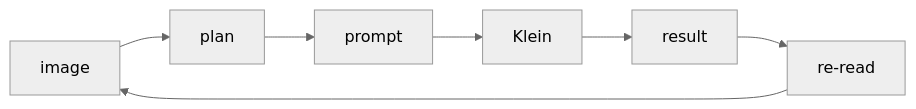
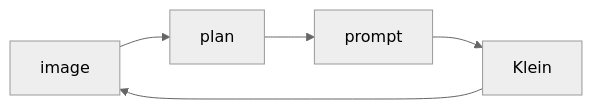
The first of 5 diagrams in docs/architecture.md (rbatra2000/backslash_art), drawn with Mermaid (neutral theme) before and after one commit. The commit also changed other lines of this file and 5 other files, not shown here.

````diff
--- a/docs/architecture.md
+++ b/docs/architecture.md
@@ -9,9 +9,7 @@
 ```mermaid
 flowchart LR
     A[image] --> B[plan]
     B --> C[prompt]
     C --> D[Klein]
-    D --> E[result]
-    E --> F[re-read]
-    F --> A
+    D --> A
 ```
````
